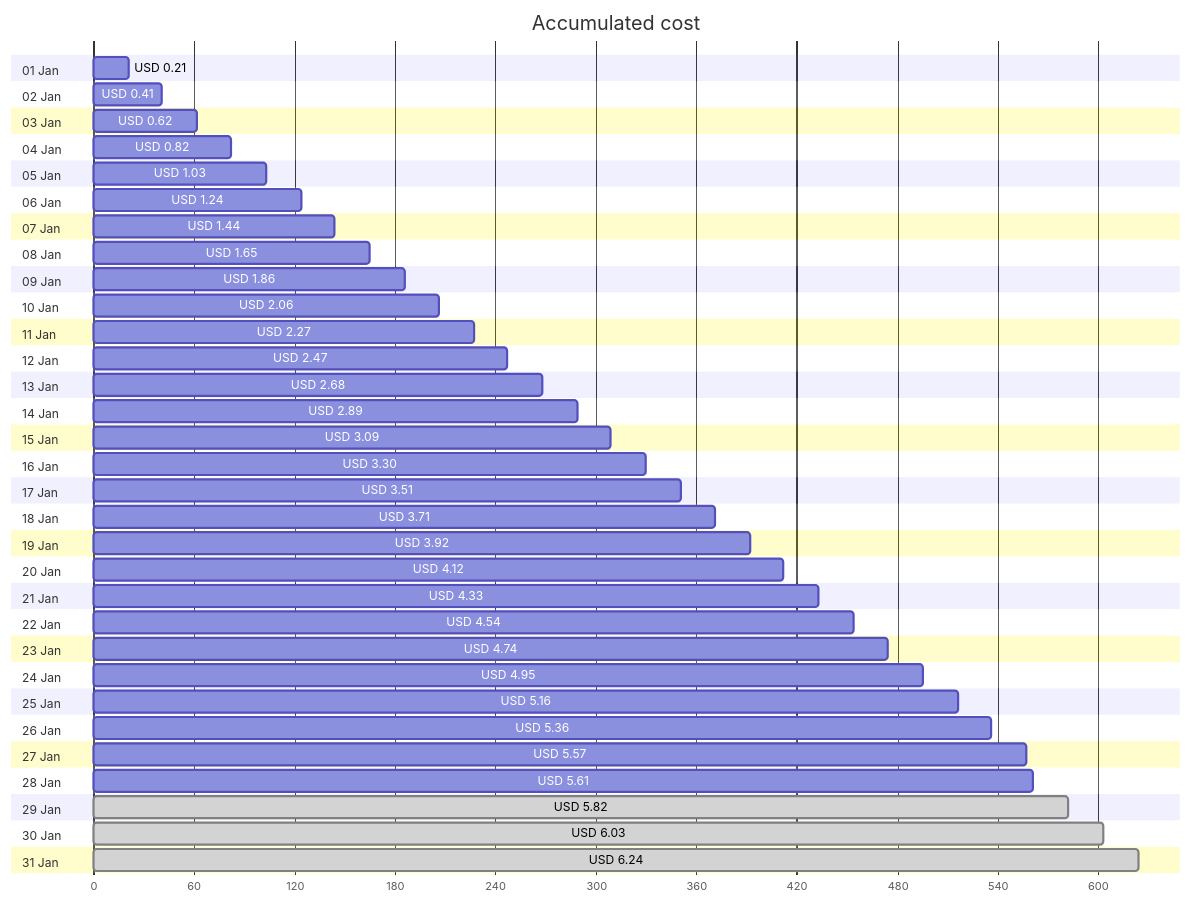
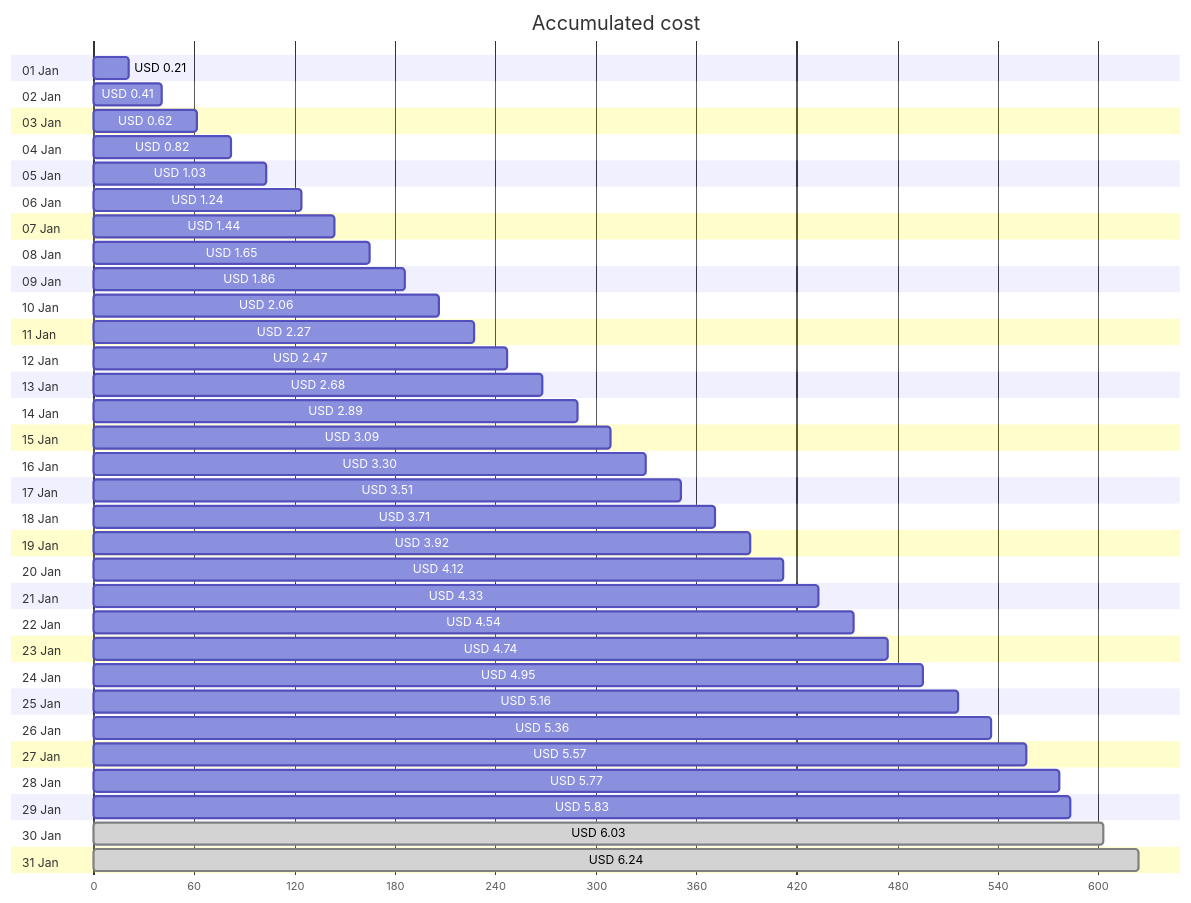
One commit to jpfulton/azure-personal-reports changed the first of 4 diagrams in cost-reports/personal-network/backup-server.md. Above: the diagram before and after it, drawn with Mermaid. The commit also changed other lines of this file and 8 other files, not shown here.

````diff
--- a/cost-reports/personal-network/backup-server.md
+++ b/cost-reports/personal-network/backup-server.md
@@ -20,68 +20,68 @@
 ```mermaid
 gantt
    title Accumulated cost
    dateFormat  X
    axisFormat %s
    section 01 Jan
    USD 0.21 :0, 21
    section 02 Jan
    USD 0.41 :0, 41
    section 03 Jan
    USD 0.62 :0, 62
    section 04 Jan
    USD 0.82 :0, 82
    section 05 Jan
    USD 1.03 :0, 103
    section 06 Jan
    USD 1.24 :0, 124
    section 07 Jan
    USD 1.44 :0, 144
    section 08 Jan
    USD 1.65 :0, 165
    section 09 Jan
    USD 1.86 :0, 186
    section 10 Jan
    USD 2.06 :0, 206
    section 11 Jan
    USD 2.27 :0, 227
    section 12 Jan
    USD 2.47 :0, 247
    section 13 Jan
    USD 2.68 :0, 268
    section 14 Jan
    USD 2.89 :0, 289
    section 15 Jan
    USD 3.09 :0, 309
    section 16 Jan
    USD 3.30 :0, 330
    section 17 Jan
    USD 3.51 :0, 351
    section 18 Jan
    USD 3.71 :0, 371
    section 19 Jan
    USD 3.92 :0, 392
    section 20 Jan
    USD 4.12 :0, 412
    section 21 Jan
    USD 4.33 :0, 433
    section 22 Jan
    USD 4.54 :0, 454
    section 23 Jan
    USD 4.74 :0, 474
    section 24 Jan
    USD 4.95 :0, 495
    section 25 Jan
    USD 5.16 :0, 516
    section 26 Jan
    USD 5.36 :0, 536
    section 27 Jan
    USD 5.57 :0, 557
    section 28 Jan
-   USD 5.61 :0, 561
+   USD 5.77 :0, 577
    section 29 Jan
-   USD 5.82 : done, 0, 582
+   USD 5.83 :0, 583
    section 30 Jan
    USD 6.03 : done, 0, 603
    section 31 Jan
    USD 6.24 : done, 0, 624
 ```
````
